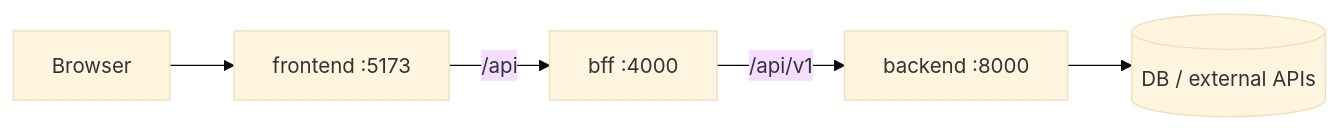
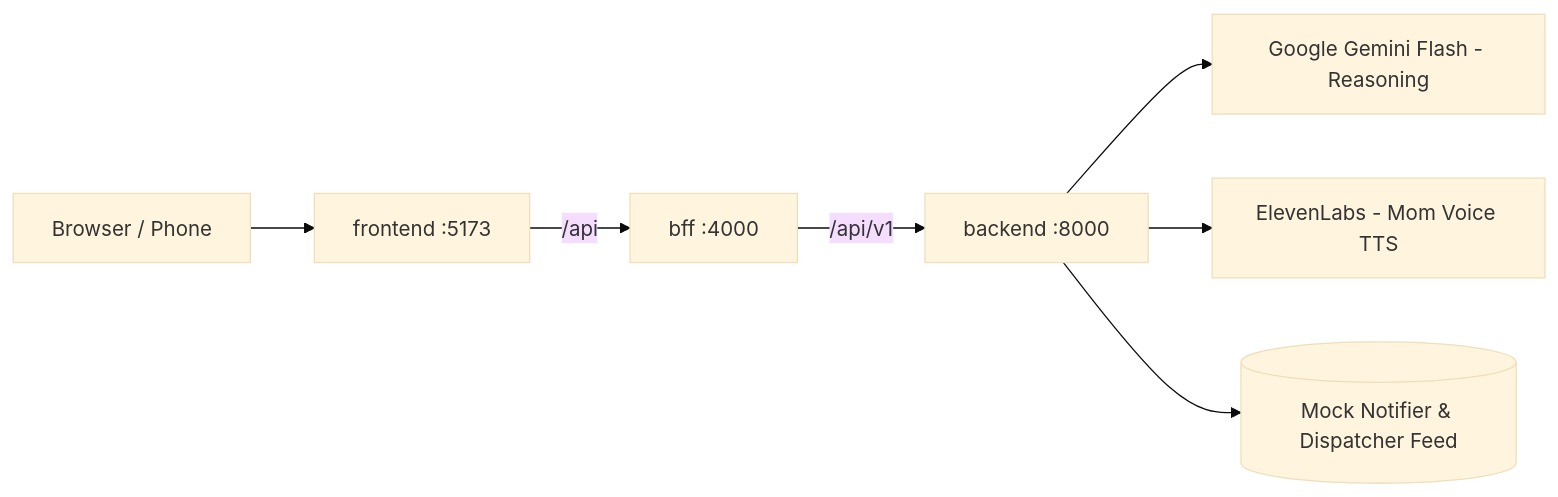
One commit to xxdagi/GuardianAgent changed the diagram in docs/ARCHITECTURE.md. Above: the diagram before and after it, drawn with Mermaid (base theme). The commit also changed other lines of this file and 5 other files, not shown here.

Commit message:
docs: document Gemini Flash reasoning and ElevenLabs voice zero-cost setup

````diff
--- a/docs/ARCHITECTURE.md
+++ b/docs/ARCHITECTURE.md
@@ -3,7 +3,9 @@
 ```mermaid
 flowchart LR
-  U[Browser] --> F[frontend :5173]
+  U[Browser / Phone] --> F[frontend :5173]
   F -->|/api| B[bff :4000]
   B -->|/api/v1| S[backend :8000]
-  S --> D[(DB / external APIs)]
+  S --> G[Google Gemini Flash - Reasoning]
+  S --> E[ElevenLabs - Mom Voice TTS]
+  S --> M[(Mock Notifier & Dispatcher Feed)]
 ```
````
